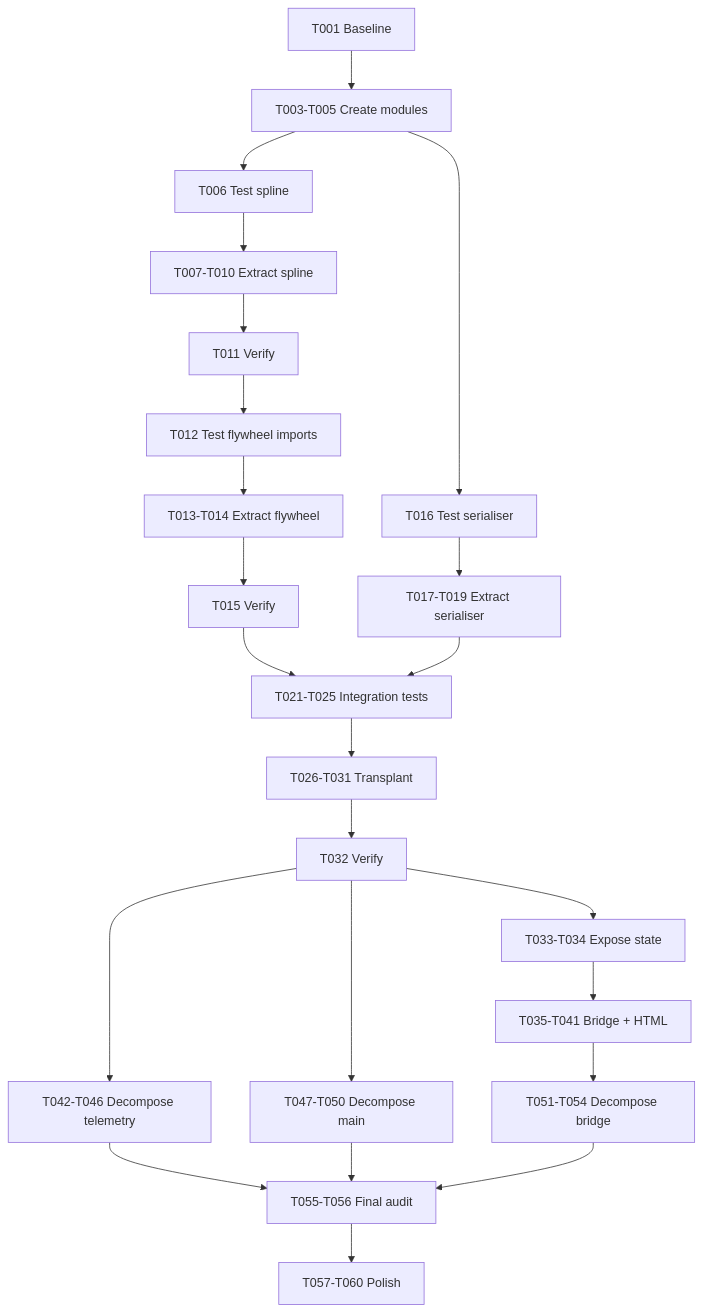
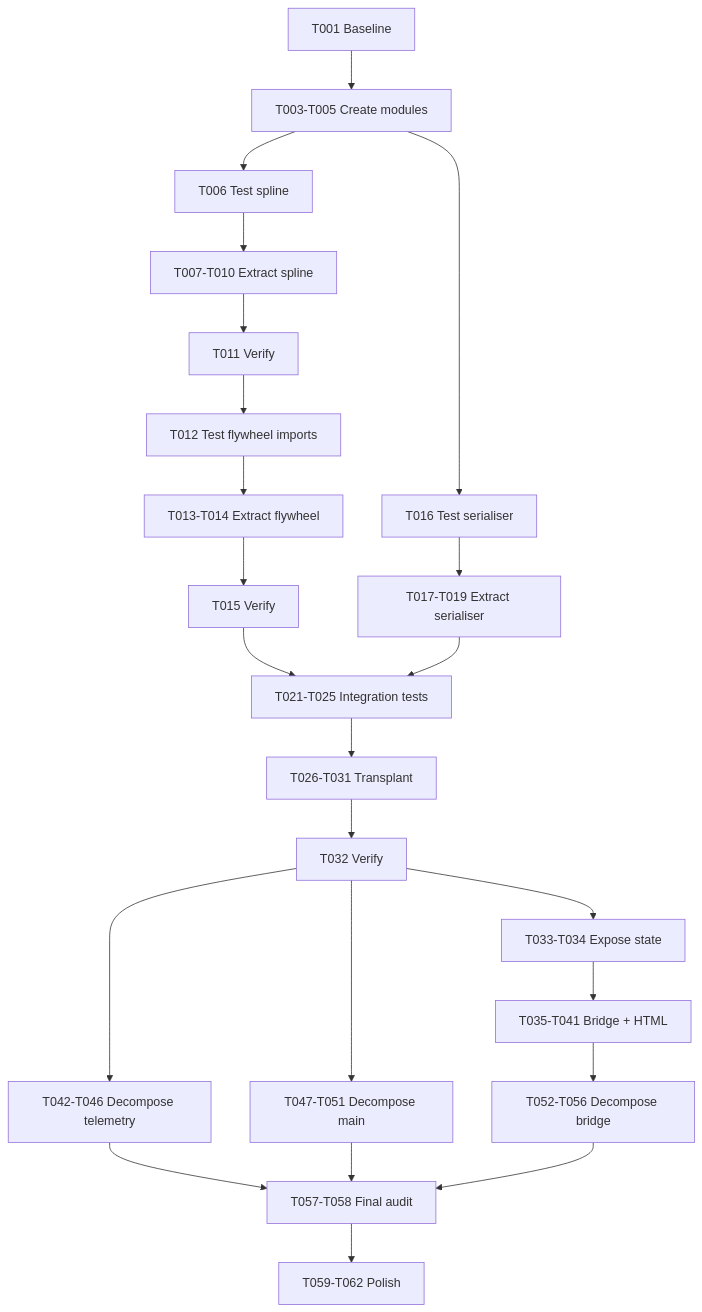
Before and after one commit to RangeyRover/Automobilista-2-Auto-Director: the diagram in .specify/features/13-leaderboard-heart-transplant/tasks.md, drawn with Mermaid. The commit also changed other lines of this file and 2 other files, not shown here.

````diff
--- a/.specify/features/13-leaderboard-heart-transplant/tasks.md
+++ b/.specify/features/13-leaderboard-heart-transplant/tasks.md
@@ -147,25 +149,25 @@
 ```mermaid
 graph TD
     T001["T001 Baseline"] --> T003["T003-T005 Create modules"]
     T003 --> T006["T006 Test spline"]
     T006 --> T007["T007-T010 Extract spline"]
     T007 --> T011["T011 Verify"]
     T011 --> T012["T012 Test flywheel imports"]
     T012 --> T013["T013-T014 Extract flywheel"]
     T013 --> T015["T015 Verify"]
     T003 --> T016["T016 Test serialiser"]
     T016 --> T017["T017-T019 Extract serialiser"]
     T015 --> T021["T021-T025 Integration tests"]
     T017 --> T021
     T021 --> T026["T026-T031 Transplant"]
     T026 --> T032["T032 Verify"]
     T032 --> T033["T033-T034 Expose state"]
     T033 --> T035["T035-T041 Bridge + HTML"]
     T032 --> T042["T042-T046 Decompose telemetry"]
-    T035 --> T051["T051-T054 Decompose bridge"]
-    T032 --> T047["T047-T050 Decompose main"]
-    T042 --> T055["T055-T056 Final audit"]
-    T047 --> T055
-    T051 --> T055
-    T055 --> T057["T057-T060 Polish"]
+    T035 --> T052["T052-T056 Decompose bridge"]
+    T032 --> T047["T047-T051 Decompose main"]
+    T042 --> T057["T057-T058 Final audit"]
+    T047 --> T057
+    T052 --> T057
+    T057 --> T059["T059-T062 Polish"]
 ```
````
